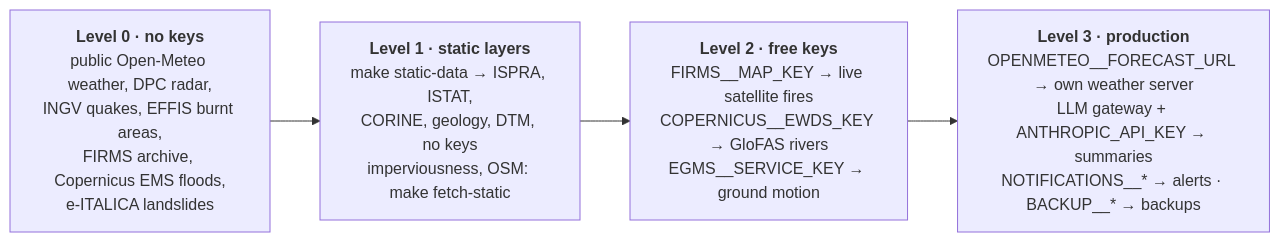
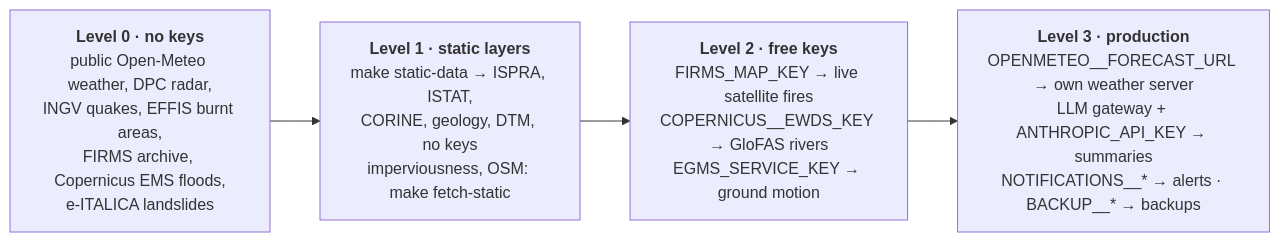
One commit to agent-engineering-studio/limen changed the third of 5 diagrams in README.md. Above: the diagram before and after it, drawn with Mermaid. The commit also changed other lines of this file and 24 other files, not shown here.

````diff
--- a/README.md
+++ b/README.md
@@ -295,8 +298,8 @@
 ```mermaid
 flowchart LR
     L0["<b>Level 0 · no keys</b><br/>public Open-Meteo weather, DPC radar,<br/>INGV quakes, EFFIS burnt areas,<br/>FIRMS archive, Copernicus EMS floods,<br/>e-ITALICA landslides"]
     L1["<b>Level 1 · static layers</b><br/>make static-data → ISPRA, ISTAT,<br/>CORINE, geology, DTM, no keys<br/>imperviousness, OSM: make fetch-static"]
-    L2["<b>Level 2 · free keys</b><br/>FIRMS__MAP_KEY → live satellite fires<br/>COPERNICUS__EWDS_KEY → GloFAS rivers<br/>EGMS__SERVICE_KEY → ground motion"]
+    L2["<b>Level 2 · free keys</b><br/>FIRMS_MAP_KEY → live satellite fires<br/>COPERNICUS__EWDS_KEY → GloFAS rivers<br/>EGMS_SERVICE_KEY → ground motion"]
     L3["<b>Level 3 · production</b><br/>OPENMETEO__FORECAST_URL → own weather server<br/>LLM gateway + ANTHROPIC_API_KEY → summaries<br/>NOTIFICATIONS__* → alerts · BACKUP__* → backups"]
     L0 --> L1 --> L2 --> L3
 ```
````
